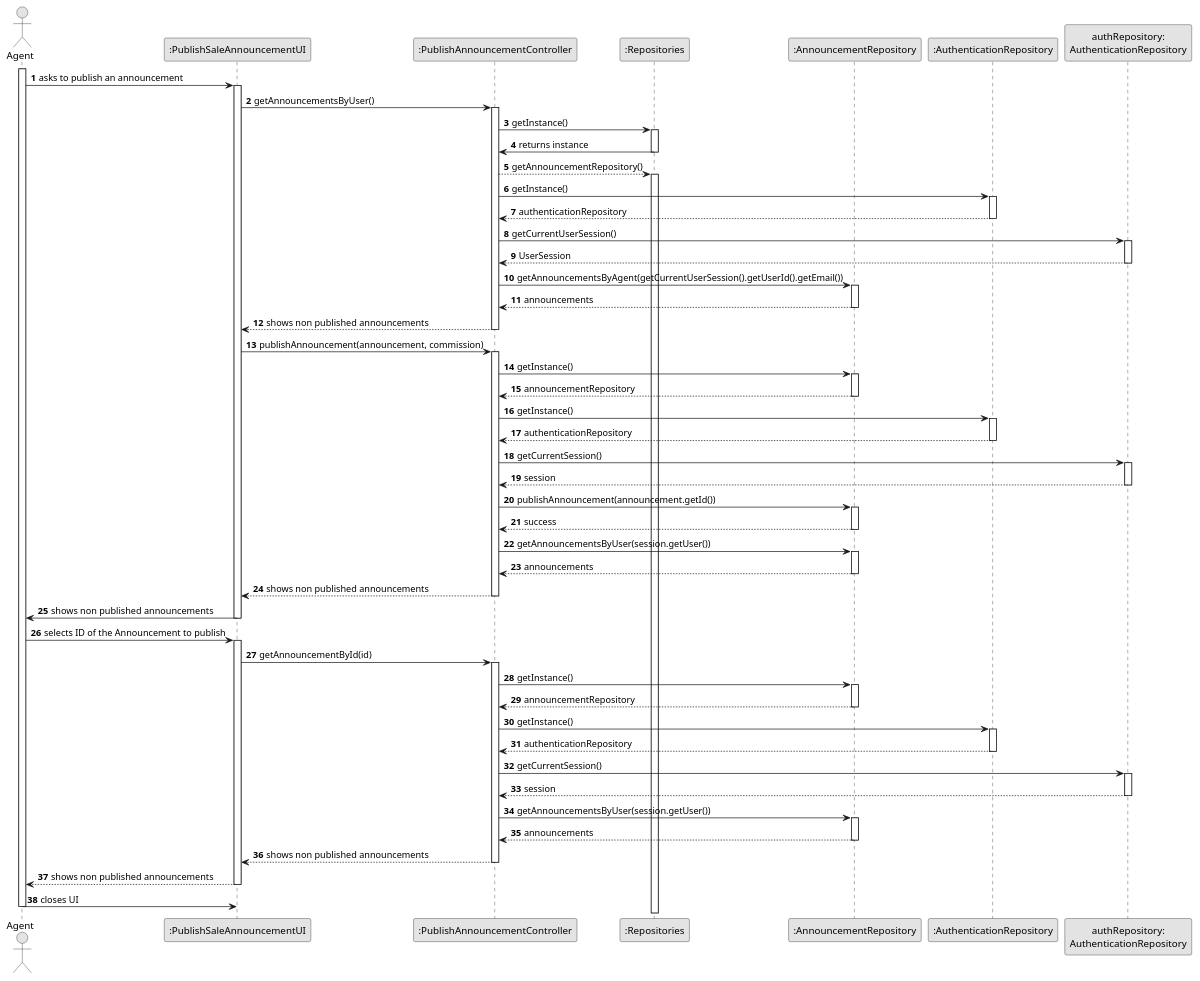
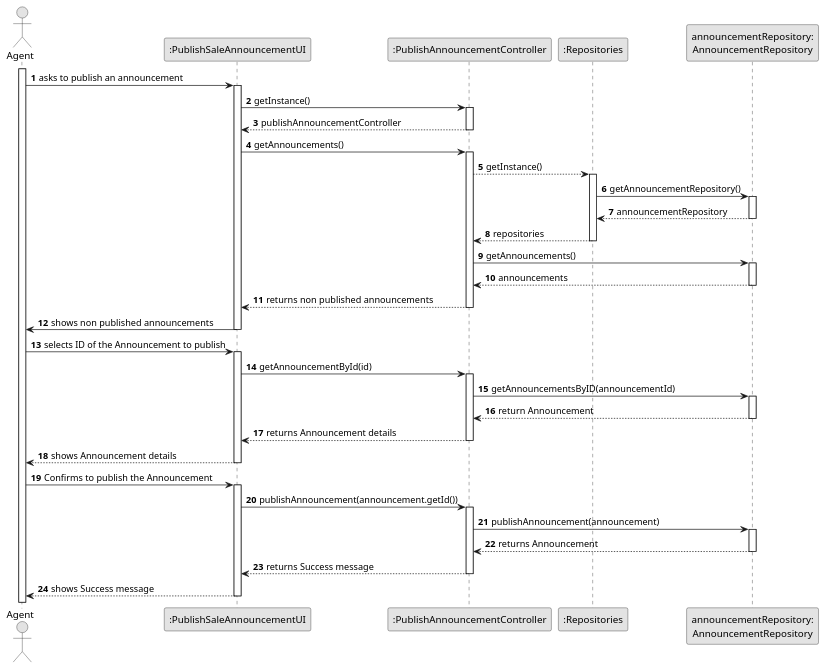
The diagram in docs/sprintC/us002/03.design/puml/us002-sequence-diagram-full.puml (Goncalves2525/real-estate-management-system), drawn with PlantUML before and after one commit. The commit also changed 56 other files, not shown here.

```diff
--- a/docs/sprintC/us002/03.design/puml/us002-sequence-diagram-full.puml
+++ b/docs/sprintC/us002/03.design/puml/us002-sequence-diagram-full.puml
@@ -1,137 +1,90 @@
 @startuml
 skinparam monochrome true
 skinparam packageStyle rectangle
 skinparam shadowing false
 
 autonumber
 
 'hide footbox
 actor "Agent" as AGENT
 participant ":PublishSaleAnnouncementUI" as UI
 participant ":PublishAnnouncementController" as CTRL
 participant ":Repositories" as REPO
-participant ":AnnouncementRepository" as AnnouncementRepository
-participant "announcementRepository:\nAnnouncementRepository" as AnnouncementRepository
-participant ":AuthenticationRepository" as AuthSingleton
-participant "authRepository:\nAuthenticationRepository" as AuthenticationRepository
-'participant "Commission" as COMMISSION
-'participant "Announcement" as ANN
+participant "announcementRepository:\nAnnouncementRepository" as ANNREPO
 
 activate AGENT
 
 AGENT -> UI : asks to publish an announcement
 
 activate UI
 
-UI -> CTRL : getAnnouncementsByUser()
+UI -> CTRL: getInstance()
 activate CTRL
 
-    CTRL -> REPO: getInstance()
+    CTRL --> UI : publishAnnouncementController
+    deactivate CTRL
+
+    UI -> CTRL : getAnnouncements()
+    activate CTRL
+
+    CTRL --> REPO: getInstance()
     activate REPO
 
-    REPO -> CTRL : returns instance
+    REPO -> ANNREPO : getAnnouncementRepository()
+    activate ANNREPO
+
+    ANNREPO --> REPO: announcementRepository
+    deactivate ANNREPO
+
+    REPO --> CTRL : repositories
     deactivate REPO
 
-    CTRL --> REPO: getAnnouncementRepository()
-    activate REPO
+    CTRL -> ANNREPO : getAnnouncements()
+    activate ANNREPO
 
-    CTRL -> AuthSingleton : getInstance()
-    activate AuthSingleton
+    ANNREPO --> CTRL: announcements
+    deactivate ANNREPO
 
-        AuthSingleton --> CTRL: authenticationRepository
-    deactivate AuthSingleton
-
-    CTRL -> AuthenticationRepository : getCurrentUserSession()
-    activate AuthenticationRepository
-
-        AuthenticationRepository --> CTRL: UserSession
-    deactivate AuthenticationRepository
-
-    CTRL -> AnnouncementRepository : getAnnouncementsByAgent(getCurrentUserSession().getUserId().getEmail())
-    activate AnnouncementRepository
-
-        AnnouncementRepository --> CTRL: announcements
-    deactivate AnnouncementRepository
-
-    CTRL --> UI : shows non published announcements
-deactivate CTRL
-
-UI -> CTRL : publishAnnouncement(announcement, commission)
-activate CTRL
-
-    CTRL -> AnnouncementRepository : getInstance()
-    activate AnnouncementRepository
-
-        AnnouncementRepository --> CTRL: announcementRepository
-    deactivate AnnouncementRepository
-
-    CTRL -> AuthSingleton : getInstance()
-    activate AuthSingleton
-
-        AuthSingleton --> CTRL: authenticationRepository
-    deactivate AuthSingleton
-
-    CTRL -> AuthenticationRepository : getCurrentSession()
-    activate AuthenticationRepository
-
-        AuthenticationRepository --> CTRL: session
-    deactivate AuthenticationRepository
-
-    CTRL -> AnnouncementRepository : publishAnnouncement(announcement.getId())
-    activate AnnouncementRepository
-
-        AnnouncementRepository --> CTRL: success
-    deactivate AnnouncementRepository
-
-    CTRL -> AnnouncementRepository : getAnnouncementsByUser(session.getUser())
-    activate AnnouncementRepository
-
-        AnnouncementRepository --> CTRL: announcements
-    deactivate AnnouncementRepository
-
-    CTRL --> UI : shows non published announcements
-deactivate CTRL
+    CTRL --> UI : returns non published announcements
+    deactivate CTRL
 
 UI -> AGENT : shows non published announcements
 deactivate UI
 
 AGENT -> UI : selects ID of the Announcement to publish
 activate UI
 
 UI -> CTRL : getAnnouncementById(id)
 activate CTRL
 
-    CTRL -> AnnouncementRepository : getInstance()
-    activate AnnouncementRepository
+    CTRL -> ANNREPO : getAnnouncementsByID(announcementId)
+    activate ANNREPO
 
-        AnnouncementRepository --> CTRL: announcementRepository
-    deactivate AnnouncementRepository
+    ANNREPO --> CTRL: return Announcement
+    deactivate ANNREPO
 
-    CTRL -> AuthSingleton : getInstance()
-    activate AuthSingleton
-
-        AuthSingleton --> CTRL: authenticationRepository
-    deactivate AuthSingleton
-
-    CTRL -> AuthenticationRepository : getCurrentSession()
-    activate AuthenticationRepository
-
-        AuthenticationRepository --> CTRL: session
-    deactivate AuthenticationRepository
-
-    CTRL -> AnnouncementRepository : getAnnouncementsByUser(session.getUser())
-    activate AnnouncementRepository
-
-        AnnouncementRepository --> CTRL: announcements
-    deactivate AnnouncementRepository
-
-    CTRL --> UI : shows non published announcements
+    CTRL --> UI : returns Announcement details
 deactivate CTRL
 
-UI --> AGENT : shows non published announcements
+UI --> AGENT : shows Announcement details
 deactivate UI
 
-AGENT -> UI : closes UI
-deactivate AGENT
+AGENT -> UI : Confirms to publish the Announcement
+activate UI
+
+UI -> CTRL : publishAnnouncement(announcement.getId())
+activate CTRL
+
+    CTRL -> ANNREPO : publishAnnouncement(announcement)
+    activate ANNREPO
+
+    ANNREPO --> CTRL : returns Announcement
+    deactivate ANNREPO
+
+    CTRL --> UI : returns Success message
+    deactivate CTRL
+
+UI --> AGENT : shows Success message
 deactivate UI
+
 @enduml
```
